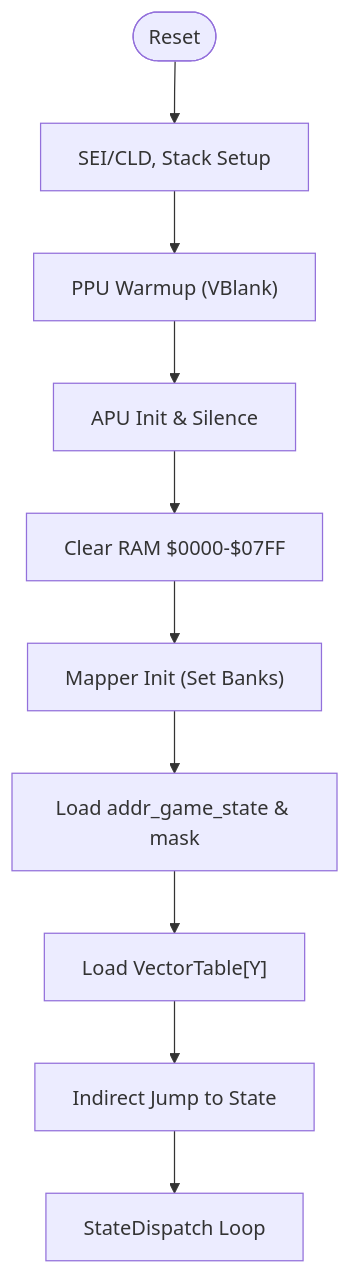
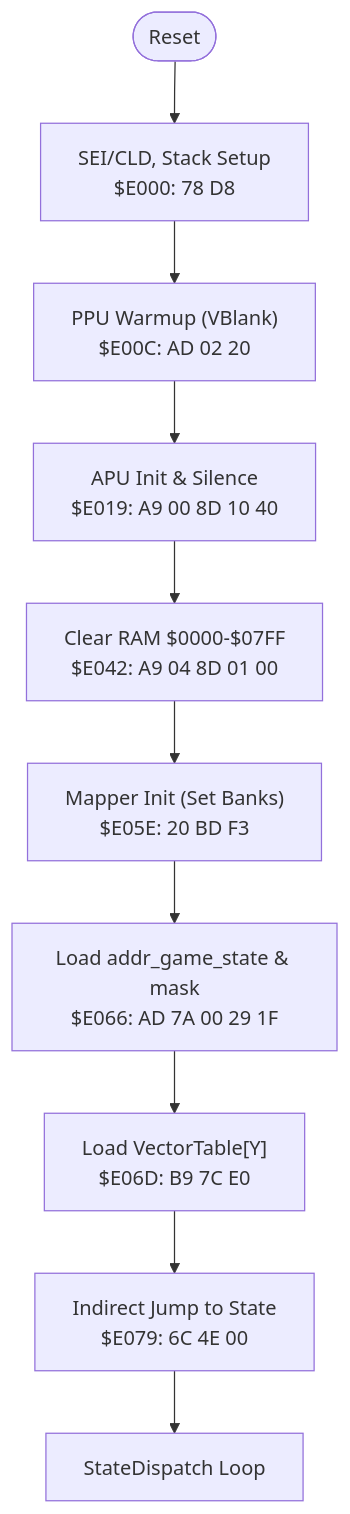
The fourth of 9 diagrams in .qoder/repowiki/en/content/Assembly Architecture/Assembly Architecture.md (rabbyzero/sango2dasm), drawn with Mermaid before and after one commit. The commit also changed other lines of this file and 26 other files, not shown here.

````diff
--- a/.qoder/repowiki/en/content/Assembly Architecture/Assembly Architecture.md
+++ b/.qoder/repowiki/en/content/Assembly Architecture/Assembly Architecture.md
@@ -163,12 +204,12 @@
 ```mermaid
 flowchart TD
-START(["Reset"]) --> INITCPU["SEI/CLD, Stack Setup"]
-INITCPU --> PPUWARM["PPU Warmup (VBlank)"]
-PPUWARM --> APUCLEAR["APU Init & Silence"]
-APUCLEAR --> RAMCLR["Clear RAM $0000-$07FF"]
-RAMCLR --> MAPINIT["Mapper Init (Set Banks)"]
-MAPINIT --> READSTATE["Load addr_game_state & mask"]
-READSTATE --> LOADVEC["Load VectorTable[Y]"]
-LOADVEC --> DISPATCH["Indirect Jump to State"]
+START(["Reset"]) --> INITCPU["SEI/CLD, Stack Setup<br/>$E000: 78 D8"]
+INITCPU --> PPUWARM["PPU Warmup (VBlank)<br/>$E00C: AD 02 20"]
+PPUWARM --> APUCLEAR["APU Init & Silence<br/>$E019: A9 00 8D 10 40"]
+APUCLEAR --> RAMCLR["Clear RAM $0000-$07FF<br/>$E042: A9 04 8D 01 00"]
+RAMCLR --> MAPINIT["Mapper Init (Set Banks)<br/>$E05E: 20 BD F3"]
+MAPINIT --> READSTATE["Load addr_game_state & mask<br/>$E066: AD 7A 00 29 1F"]
+READSTATE --> LOADVEC["Load VectorTable[Y]<br/>$E06D: B9 7C E0"]
+LOADVEC --> DISPATCH["Indirect Jump to State<br/>$E079: 6C 4E 00"]
 DISPATCH --> LOOP["StateDispatch Loop"]
 ```
````
